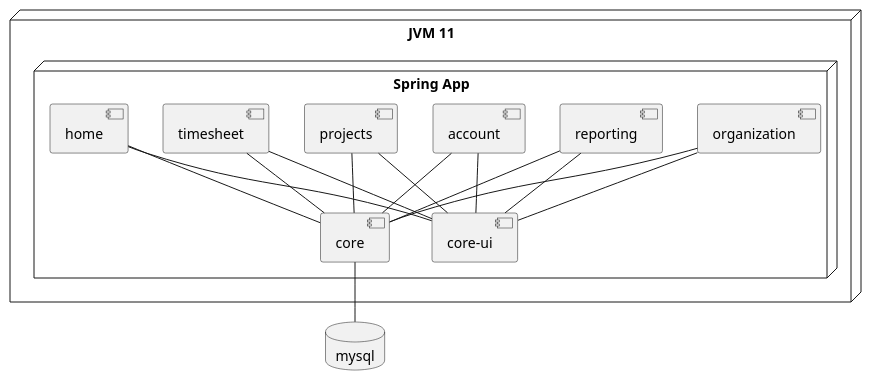
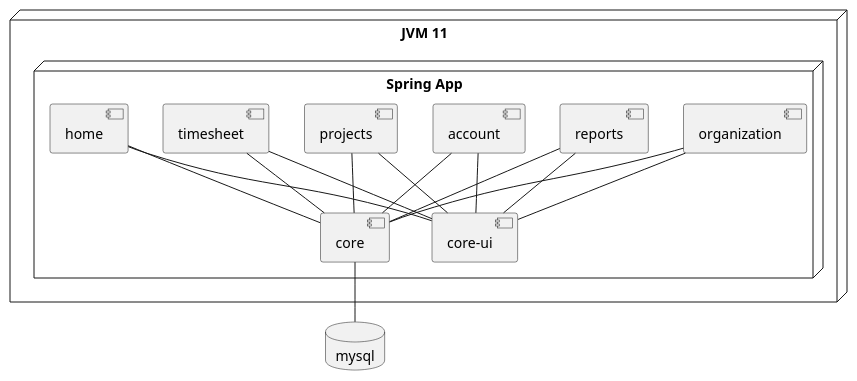
The diagram in docs/modeling/Deployment.puml (TimeboardIO/timeboard), drawn with PlantUML before and after one commit. The commit also changed 19 other files, not shown here.

```diff
--- a/docs/modeling/Deployment.puml
+++ b/docs/modeling/Deployment.puml
@@ -1,28 +1,28 @@
 @startuml
 
 database mysql
 
 node "JVM 11" {
     node "Spring App"{
 
      [core] -- mysql
      [account] -- core
      [account] -- [core-ui]
      [projects] -- core
      [timesheet] -- core
      [home] -- core
      [organization] -- core
      [organization] -- [core-ui]
-     [reporting] -- core
-     [reporting] -- [core-ui]
+     [reports] -- core
+     [reports] -- [core-ui]
      [projects] -- [core-ui]
      [timesheet] -- [core-ui]
      [home] -- [core-ui]
 
     }
 }
 
 
 
 
 @enduml
```
